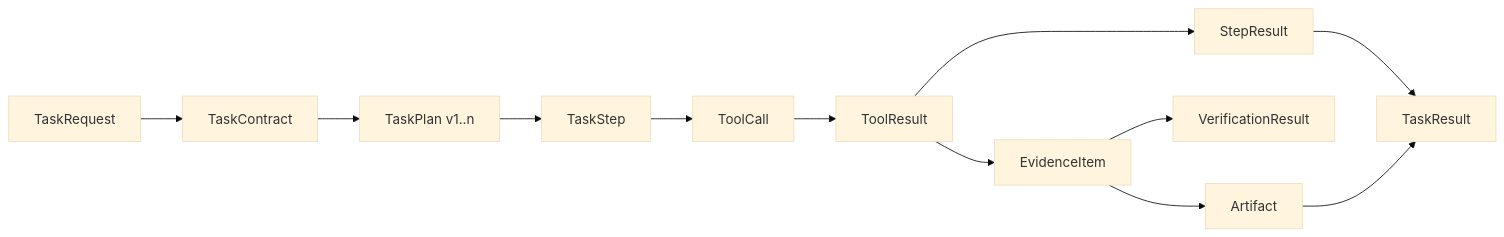
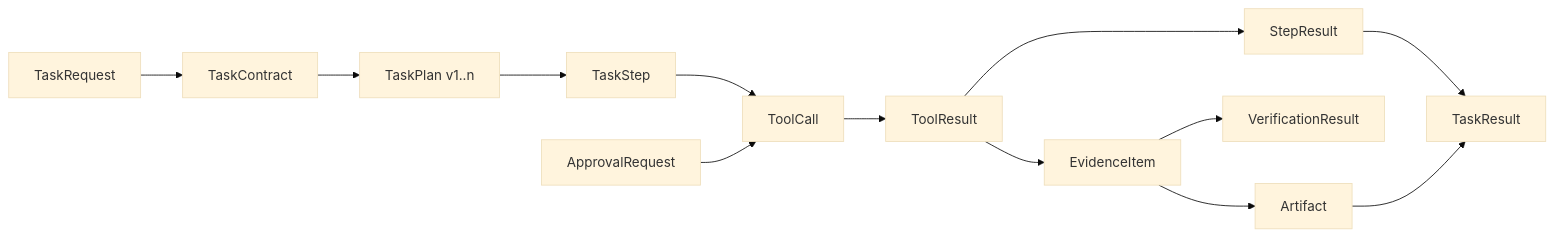
Before and after one commit to MaxLee1218/Agentic-Enterprise-Knowledge-Copilot: the first of 2 diagrams in docs/domain-contracts.md, drawn with Mermaid (base theme). The commit also changed other lines of this file and 50 other files, not shown here.

````diff
--- a/docs/domain-contracts.md
+++ b/docs/domain-contracts.md
@@ -17,14 +17,15 @@
 ```mermaid
 flowchart LR
     R["TaskRequest"] --> C["TaskContract"]
     C --> P["TaskPlan v1..n"]
     P --> S["TaskStep"]
     S --> TC["ToolCall"]
     TC --> TR["ToolResult"]
+    AP["ApprovalRequest"] --> TC
     TR --> SR["StepResult"]
     TR --> E["EvidenceItem"]
     E --> V["VerificationResult"]
     E --> A["Artifact"]
     SR --> RES["TaskResult"]
     A --> RES
 ```
````
